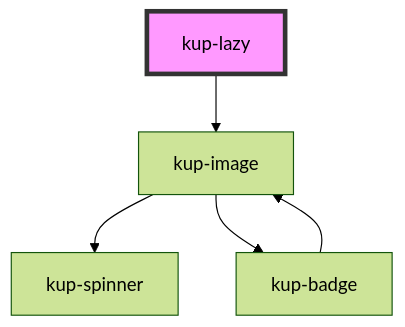
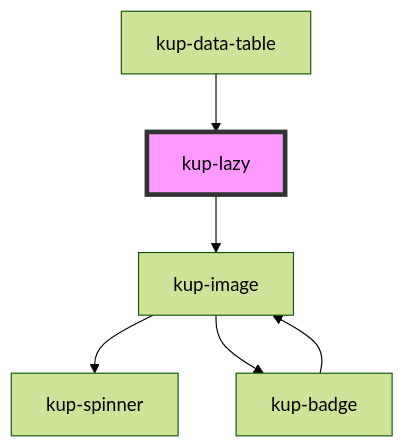
Before and after one commit to smeup/ketchup: the diagram in packages/ketchup/src/components/kup-lazy/readme.md, drawn with Mermaid (forest theme). The commit also changed other lines of this file and 9 other files, not shown here.

````diff
--- a/packages/ketchup/src/components/kup-lazy/readme.md
+++ b/packages/ketchup/src/components/kup-lazy/readme.md
@@ -38,8 +42,9 @@
 ```mermaid
 graph TD;
   kup-lazy --> kup-image
   kup-image --> kup-spinner
   kup-image --> kup-badge
   kup-badge --> kup-image
+  kup-data-table --> kup-lazy
   style kup-lazy fill:#f9f,stroke:#333,stroke-width:4px
 ```
````
